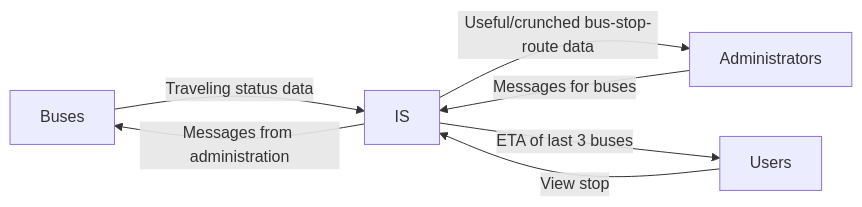
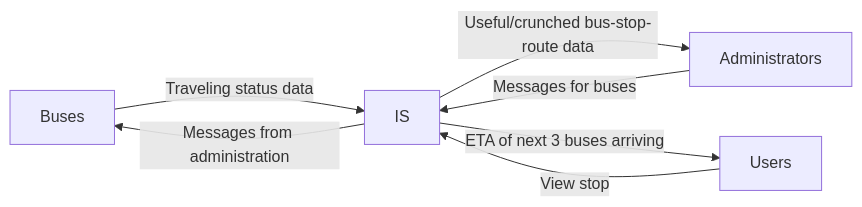
One commit to josue-fourier/Telemicro changed the diagram in README.md. Above: the diagram before and after it, drawn with Mermaid. The commit also changed other lines of this file, not shown here.

````diff
--- a/README.md
+++ b/README.md
@@ -19,9 +38,9 @@
 ```mermaid
-    graph LR
-    Buses -- Traveling status data --> IS
-    IS -- Messages from administration --> Buses
-    Administrators -- Messages for buses --> IS
-    IS -- Useful/crunched bus-stop-route data --> Administrators
-    Users -- View stop --> IS
-    IS -- ETA of last 3 buses --> Users
+graph LR
+Buses -- Traveling status data --> IS
+IS -- Messages from administration --> Buses
+Administrators -- Messages for buses --> IS
+IS -- Useful/crunched bus-stop-route data --> Administrators
+Users -- View stop --> IS
+IS -- ETA of next 3 buses arriving --> Users
 ```
````
